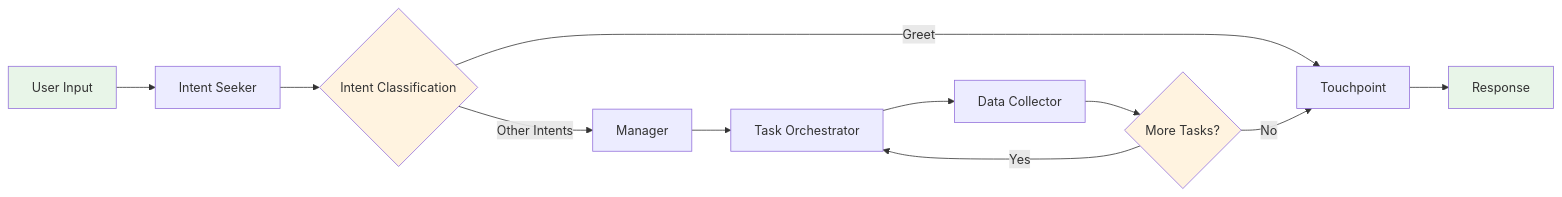
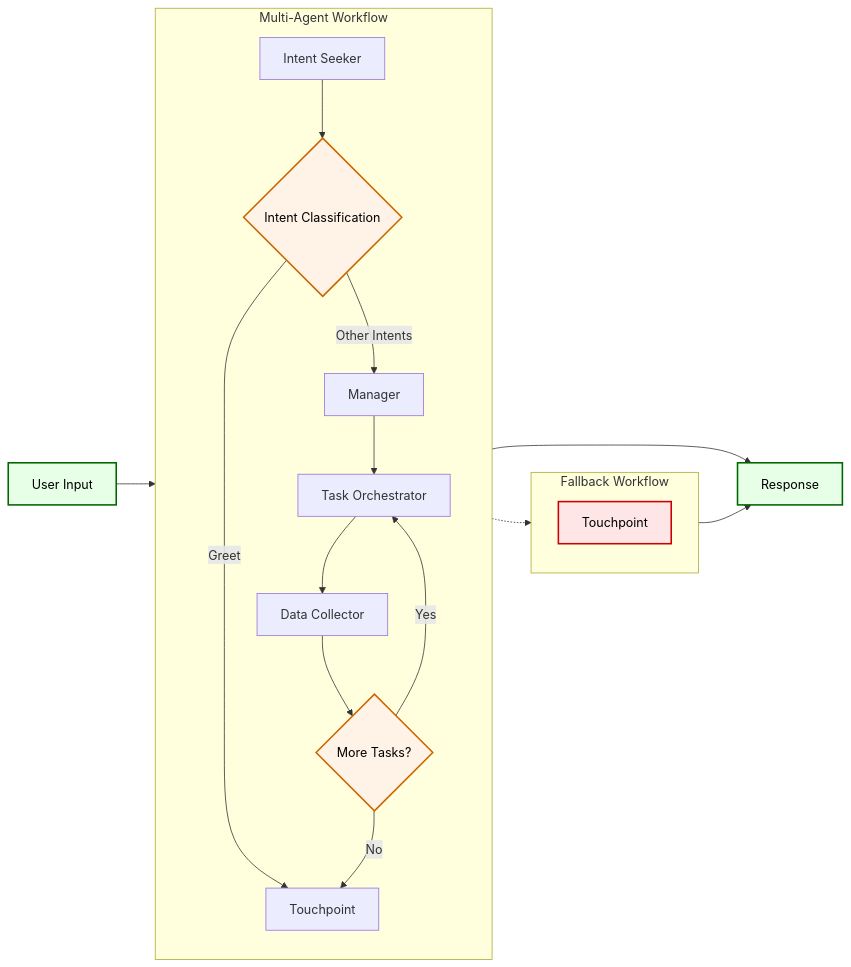
One commit to igorjpimenta/multiagent-workflow-template changed the second of 2 diagrams in README.md. Above: the diagram before and after it, drawn with Mermaid. The commit also changed other lines of this file, not shown here.

First line of the commit message:
chore(diagrams): fix workflow diagrams in readme.md for clarity and structure

````diff
--- a/README.md
+++ b/README.md
@@ -471,18 +481,30 @@
 ```mermaid
 flowchart LR
-    A[User Input] --> B[Intent Seeker]
-    B --> C{Intent Classification}
-    C -->|Greet| D[Touchpoint]
-    C -->|Other Intents| E[Manager]
-    E --> F[Task Orchestrator]
-    F --> G[Data Collector]
-    G --> H{More Tasks?}
-    H -->|Yes| F
-    H -->|No| D
-    D --> I[Response]
+    A[User Input] --> W1
+
+    subgraph W1["Multi-Agent Workflow"]
+        B[Intent Seeker] --> C{Intent Classification}
+        C -->|Greet| D[Touchpoint]
+        C -->|Other Intents| E[Manager]
+        E --> F[Task Orchestrator]
+        F --> G[Data Collector]
+        G --> H{More Tasks?}
+        H -->|Yes| F
+        H -->|No| D
+    end
+
+    subgraph W2["Fallback Workflow"]
+        I["Touchpoint"]
+    end
+
+    W1 --> J[Response]
+    W1 -.-> W2
+    W2 --> J
     
-    style A fill:#e8f5e8
-    style I fill:#e8f5e8
-    style C fill:#fff3e0
-    style H fill:#fff3e0
+    %% Styling - Light/Dark mode compatible
+    style A fill:#e6ffe6,stroke:#006600,stroke-width:2px,color:#000
+    style J fill:#e6ffe6,stroke:#006600,stroke-width:2px,color:#000
+    style C fill:#fff2e6,stroke:#cc6600,stroke-width:2px,color:#000
+    style H fill:#fff2e6,stroke:#cc6600,stroke-width:2px,color:#000
+    style I fill:#ffe6e6,stroke:#cc0000,stroke-width:2px,color:#000
 ```
````
